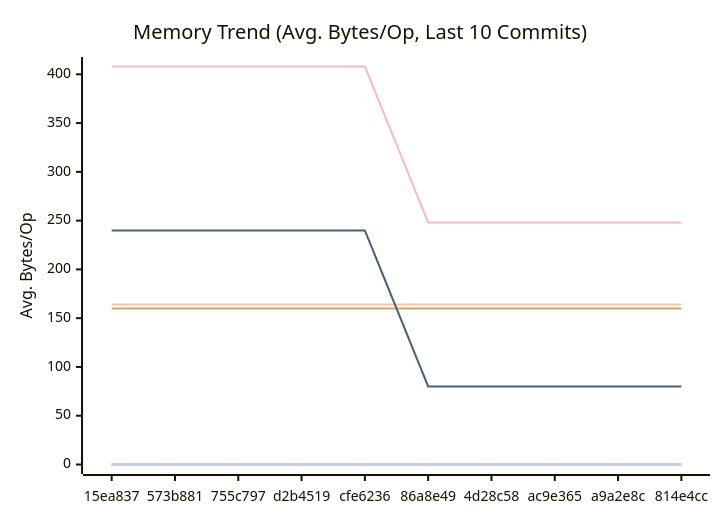
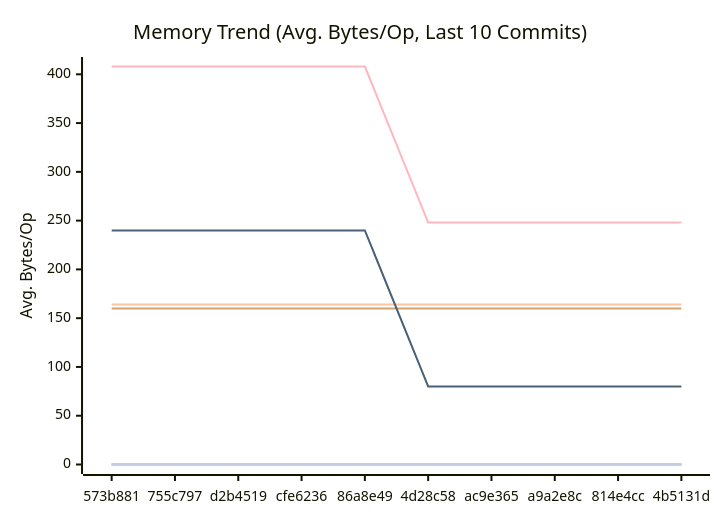
One commit to alsotoes/momo changed the second of 3 diagrams in docs/PERFORMANCE.md. Above: the diagram before and after it, drawn with Mermaid. The commit also changed other lines of this file and 2 other files, not shown here.

````diff
--- a/docs/PERFORMANCE.md
+++ b/docs/PERFORMANCE.md
@@ -97,16 +97,16 @@
 ```mermaid
 xychart-beta
     title "Memory Trend (Avg. Bytes/Op, Last 10 Commits)"
     x-axis "Commit"
     y-axis "Avg. Bytes/Op"
-    x-axis [15ea837,573b881,755c797,d2b4519,cfe6236,86a8e49,4d28c58,ac9e365,a9a2e8c,814e4cc]
+    x-axis [573b881,755c797,d2b4519,cfe6236,86a8e49,4d28c58,ac9e365,a9a2e8c,814e4cc,4b5131d]
     line "CheckMetricsAndSwap" [0,0,0,0,0,0,0,0,0,0]
     line "CrushOptimized" [0,0,0,0,0,0,0,0,0,0]
     line "CrushOriginal" [164,164,164,164,164,164,164,164,164,164]
     line "IndexDirectTracking" [0,0,0,0,0,0,0,0,0,0]
     line "IndexSearch" [0,0,0,0,0,0,0,0,0,0]
     line "LoadGlobalConfig" [160,160,160,160,160,160,160,160,160,160]
     line "PadString" [0,0,0,0,0,0,0,0,0,0]
     line "ParseReplicationOrder_NoPrealloc" [408,408,408,408,408,248,248,248,248,248]
     line "ParseReplicationOrder_Prealloc" [240,240,240,240,240,80,80,80,80,80]
 ```
````
